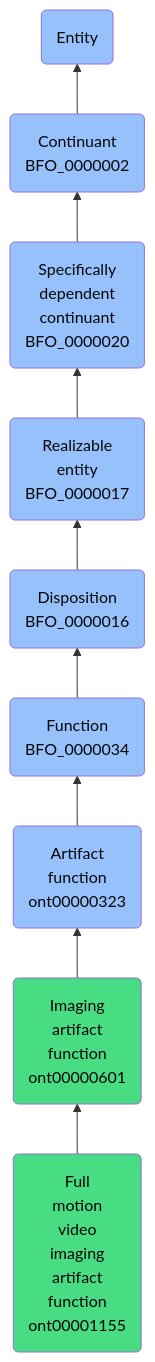
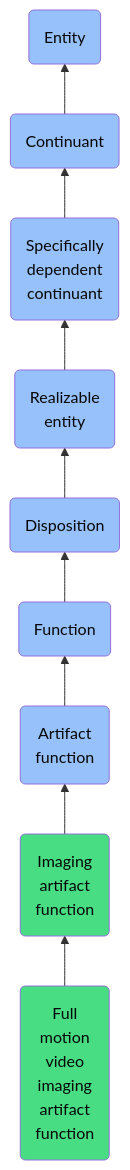
Before and after one commit to jupyter-naas/abi: the diagram in docs/ontology/reference/model/Entity/Continuant/Specifically dependent continuant/Realizable entity/Disposition/Function/Artifact function/Imaging artifact function/Full motion video imaging artifact function/Full motion video imaging artifact function.md, drawn with Mermaid. The commit also changed other lines of this file and 1430 other files, not shown here.

````diff
--- a/docs/ontology/reference/model/Entity/Continuant/Specifically dependent continuant/Realizable entity/Disposition/Function/Artifact function/Imaging artifact function/Full motion video imaging artifact function/Full motion video imaging artifact function.md
+++ b/docs/ontology/reference/model/Entity/Continuant/Specifically dependent continuant/Realizable entity/Disposition/Function/Artifact function/Imaging artifact function/Full motion video imaging artifact function/Full motion video imaging artifact function.md
@@ -24,16 +24,16 @@
 ```mermaid
 graph BT
-    ont00001155(Full<br>motion<br>video<br>imaging<br>artifact<br>function<br>ont00001155):::ABI-->ont00000601
-    ont00000601(Imaging<br>artifact<br>function<br>ont00000601):::ABI-->ont00000323
-    ont00000323(Artifact<br>function<br>ont00000323):::BFO-->BFO_0000034
-    BFO_0000034(Function<br>BFO_0000034):::BFO-->BFO_0000016
-    BFO_0000016(Disposition<br>BFO_0000016):::BFO-->BFO_0000017
-    BFO_0000017(Realizable<br>entity<br>BFO_0000017):::BFO-->BFO_0000020
-    BFO_0000020(Specifically<br>dependent<br>continuant<br>BFO_0000020):::BFO-->BFO_0000002
-    BFO_0000002(Continuant<br>BFO_0000002):::BFO-->BFO_0000001
+    ont00001155(Full<br>motion<br>video<br>imaging<br>artifact<br>function):::ABI-->ont00000601
+    ont00000601(Imaging<br>artifact<br>function):::ABI-->ont00000323
+    ont00000323(Artifact<br>function):::BFO-->BFO_0000034
+    BFO_0000034(Function):::BFO-->BFO_0000016
+    BFO_0000016(Disposition):::BFO-->BFO_0000017
+    BFO_0000017(Realizable<br>entity):::BFO-->BFO_0000020
+    BFO_0000020(Specifically<br>dependent<br>continuant):::BFO-->BFO_0000002
+    BFO_0000002(Continuant):::BFO-->BFO_0000001
     BFO_0000001(Entity):::BFO
     
     classDef BFO fill:#97c1fb,color:#060606
     classDef CCO fill:#e4c51e,color:#060606
     classDef ABI fill:#48DD82,color:#060606
 ```
````
